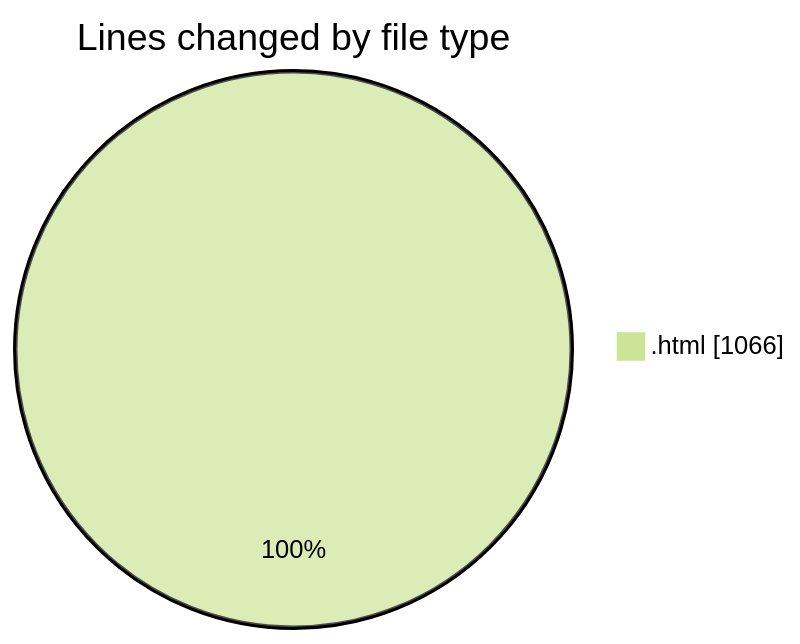
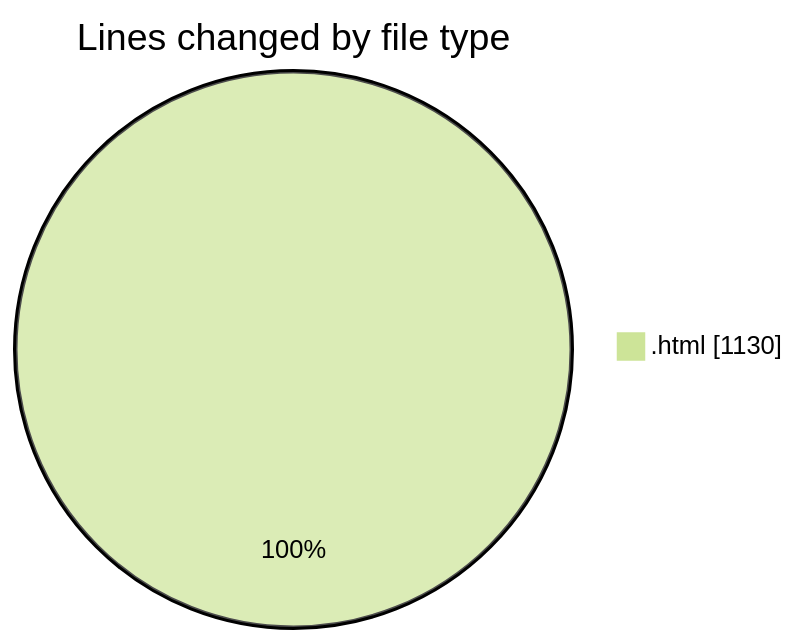
One commit to nxtqubesakshisongat/code-tracking changed the first of 2 diagrams in 2025-08-09/nxtqube_webapp/README.md. Above: the diagram before and after it, drawn with Mermaid (forest theme). The commit also changed other lines of this file and 1 other file, not shown here.

````diff
--- a/2025-08-09/nxtqube_webapp/README.md
+++ b/2025-08-09/nxtqube_webapp/README.md
@@ -20,5 +20,5 @@
 ```mermaid
 pie showData
 title Lines changed by file type
-".html" : 1066
+".html" : 1130
 ```
````
